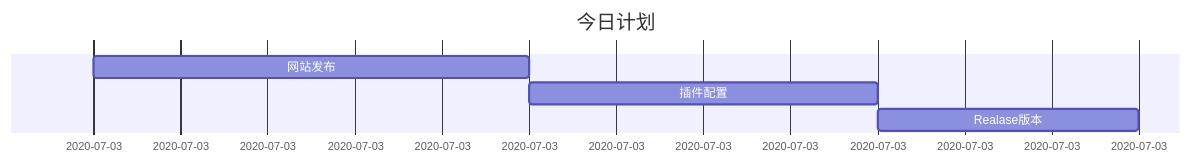
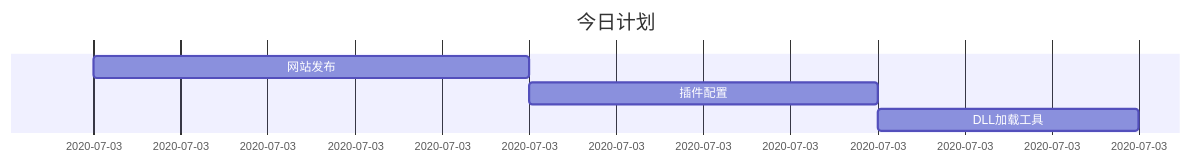
Before and after one commit to luotianqi777/Notebook: the second of 2 diagrams in Plan.md, drawn with Mermaid. The commit also changed other lines of this file and 5 other files, not shown here.

````diff
--- a/Plan.md
+++ b/Plan.md
@@ -20,8 +20,8 @@
 ```mermaid
 gantt
 dateFormat  HH:mm
 title 今日计划
 网站发布: 09:00, 14:00
 插件配置: 14:00, 18:00
-Realase版本: 18:00, 21:00
+DLL加载工具: 18:00, 21:00
 ```
````
